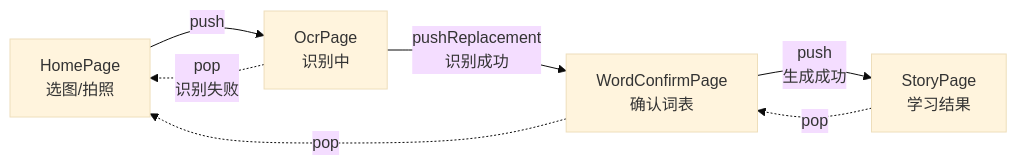
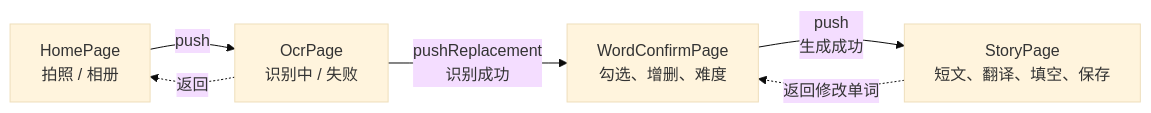
One commit to w2674399860-ux/english_learning changed the fifth of 5 diagrams in docs/系统架构说明.md. Above: the diagram before and after it, drawn with Mermaid (base theme). The commit also changed other lines of this file and 9 other files, not shown here.

````diff
--- a/docs/系统架构说明.md
+++ b/docs/系统架构说明.md
@@ -128,9 +251,8 @@
 ```mermaid
 graph LR
-    H["HomePage<br/>选图/拍照"] -->|push| O["OcrPage<br/>识别中"]
-    O -->|pushReplacement<br/>识别成功| W["WordConfirmPage<br/>确认词表"]
-    O -.->|pop<br/>识别失败| H
-    W -->|push<br/>生成成功| S["StoryPage<br/>学习结果"]
-    S -.->|pop| W
-    W -.->|pop| H
+    H["HomePage<br/>拍照 / 相册"] -->|push| O["OcrPage<br/>识别中 / 失败"]
+    O -->|pushReplacement<br/>识别成功| W["WordConfirmPage<br/>勾选、增删、难度"]
+    O -.->|返回| H
+    W -->|push<br/>生成成功| S["StoryPage<br/>短文、翻译、填空、保存"]
+    S -.->|返回修改单词| W
 ```
````
